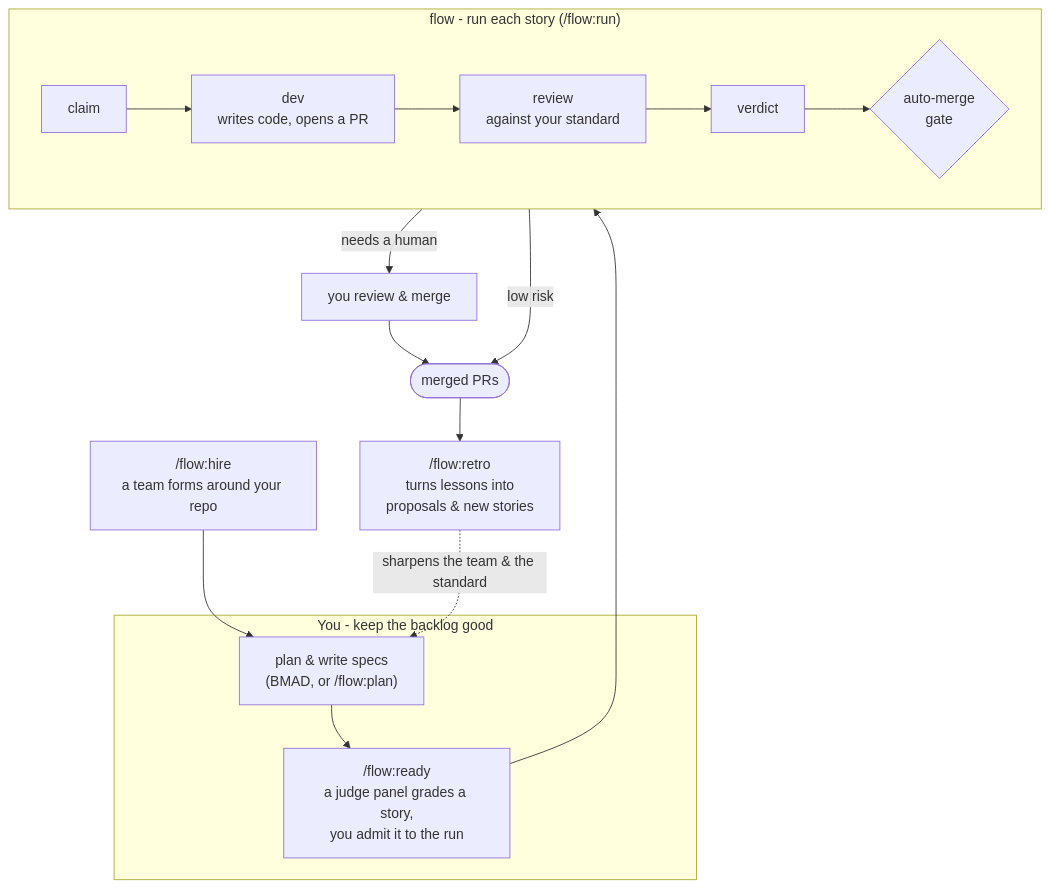
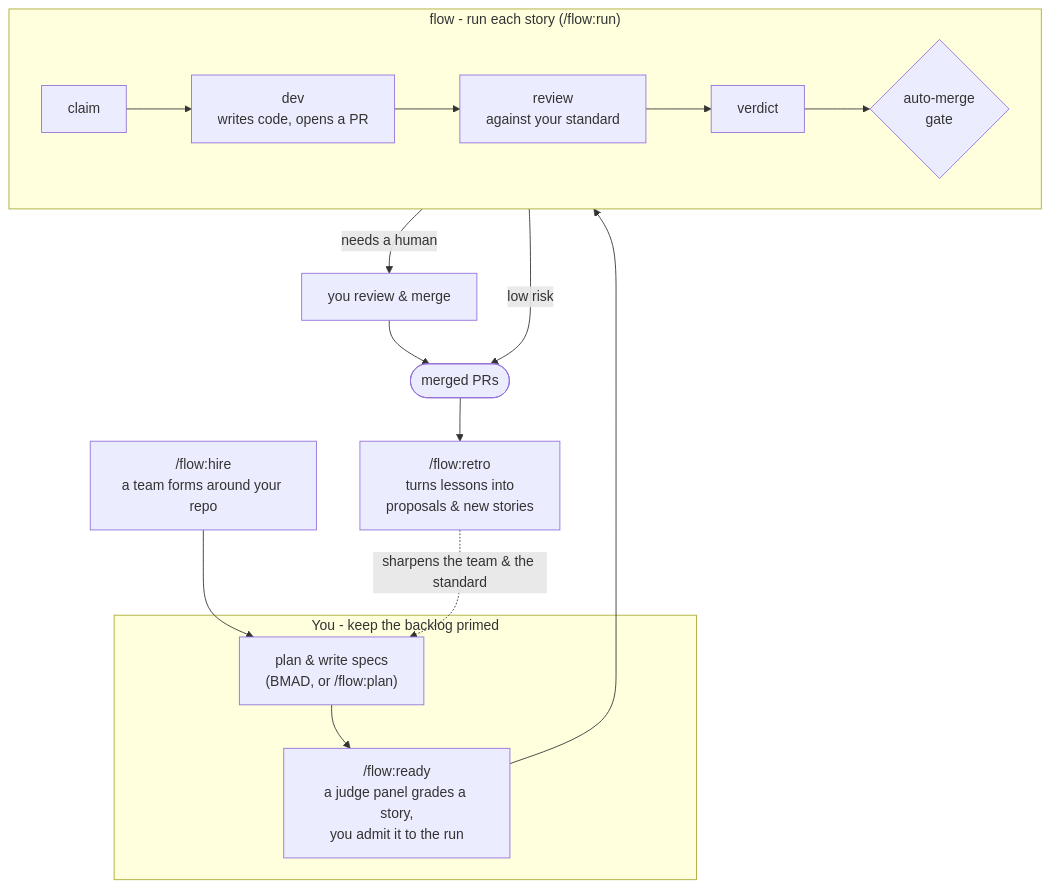
The diagram in README.md (jackmcintyre/flow), drawn with Mermaid before and after one commit. The commit also changed other lines of this file, not shown here.

First line of the commit message:
docs: refine README wording (thesis framing; "backlog primed")

````diff
--- a/README.md
+++ b/README.md
@@ -28,24 +28,24 @@
 ```mermaid
 flowchart TB
     hire["/flow:hire<br/>a team forms around your repo"]
 
-    subgraph product["You - keep the backlog good"]
+    subgraph product["You - keep the backlog primed"]
         plan["plan & write specs<br/>(BMAD, or /flow:plan)"]
         ready["/flow:ready<br/>a judge panel grades a story,<br/>you admit it to the run"]
     end
 
     subgraph engine["flow - run each story (/flow:run)"]
         direction LR
         claim["claim"] --> dev["dev<br/>writes code, opens a PR"] --> review["review<br/>against your standard"] --> verdict["verdict"] --> gate{"auto-merge<br/>gate"}
     end
 
     merged(["merged PRs"])
     retro["/flow:retro<br/>turns lessons into<br/>proposals & new stories"]
 
     hire --> plan
     plan --> ready --> claim
     gate -->|low risk| merged
     gate -->|needs a human| human["you review & merge"] --> merged
     merged --> retro
     retro -.->|sharpens the team & the standard| plan
 ```
````
